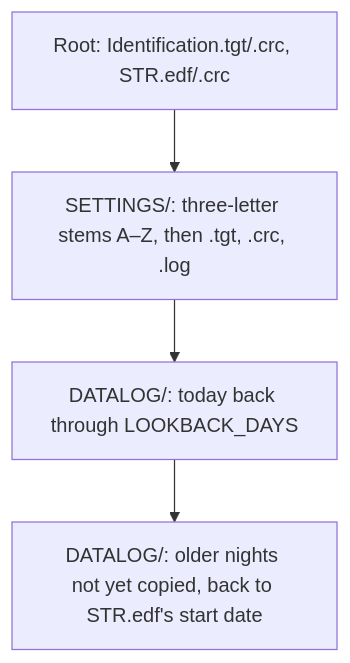
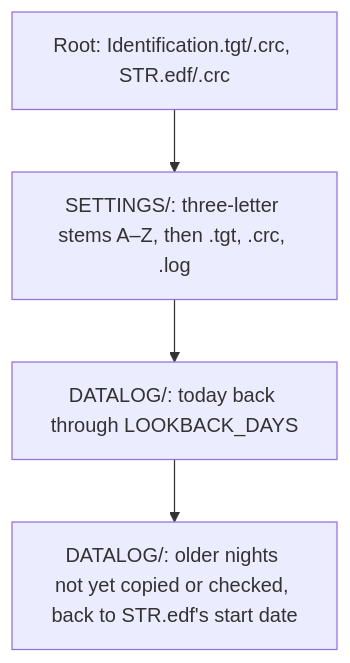
One commit to bojanrajkovic/ezshare-bridge changed the second of 2 diagrams in README.md. Above: the diagram before and after it, drawn with Mermaid. The commit also changed other lines of this file, not shown here.

Commit message:
Describe the backfill record in the README

````diff
--- a/README.md
+++ b/README.md
@@ -236,6 +236,6 @@
 ```mermaid
 flowchart TD
     Root["Root: Identification.tgt/.crc, STR.edf/.crc"] --> Settings["SETTINGS/: three-letter stems A–Z, then .tgt, .crc, .log"]
     Settings --> Recent["DATALOG/: today back through LOOKBACK_DAYS"]
-    Recent --> Backfill["DATALOG/: older nights not yet copied, back to STR.edf's start date"]
+    Recent --> Backfill["DATALOG/: older nights not yet copied or checked, back to STR.edf's start date"]
 ```
````
